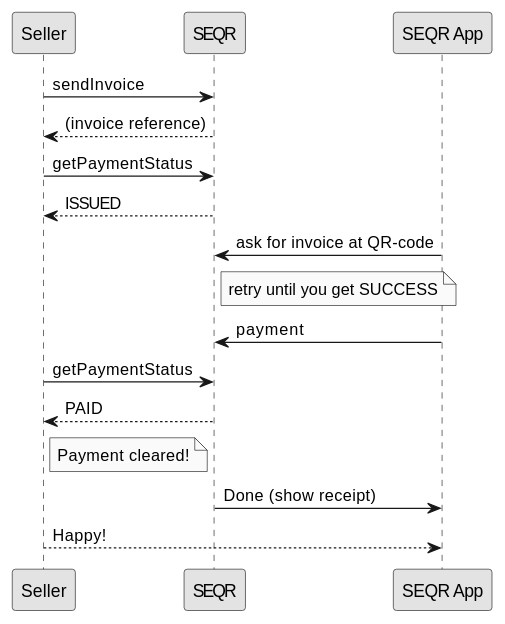
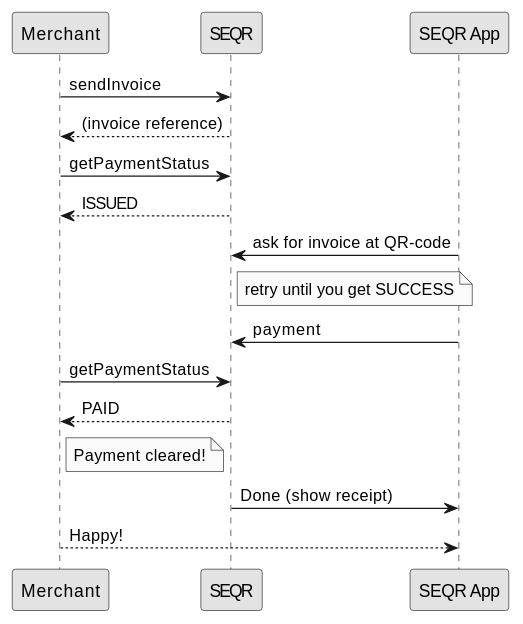
The diagram in merchant/payment/index.md (SeamlessDistribution/SeamlessDistribution.github.io), drawn with PlantUML before and after one commit.

Commit message:
Renamed seller to merchant

```diff
--- a/merchant/payment/index.md
+++ b/merchant/payment/index.md
@@ -22,18 +22,18 @@
 @startuml
 skinparam monochrome true
-participant Seller
+participant Merchant
 participant SEQR
 participant "SEQR App" as SEQRApp
-Seller->SEQR: sendInvoice
-SEQR-->Seller: (invoice reference)
-Seller->SEQR: getPaymentStatus
-SEQR-->Seller: ISSUED
+Merchant->SEQR: sendInvoice
+SEQR-->Merchant: (invoice reference)
+Merchant->SEQR: getPaymentStatus
+SEQR-->Merchant: ISSUED
 SEQRApp->SEQR: ask for invoice at QR-code
 Note right of SEQR: retry until you get SUCCESS
 SEQRApp->SEQR: payment
-Seller->SEQR: getPaymentStatus
-SEQR-->Seller: PAID
-Note right of Seller: Payment cleared!
+Merchant->SEQR: getPaymentStatus
+SEQR-->Merchant: PAID
+Note right of Merchant: Payment cleared!
 SEQR->SEQRApp: Done (show receipt)
-Seller-->SEQRApp: Happy!
+Merchant-->SEQRApp: Happy!
 @enduml
```
